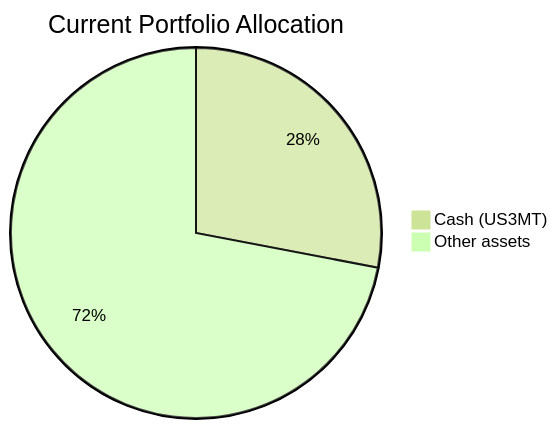
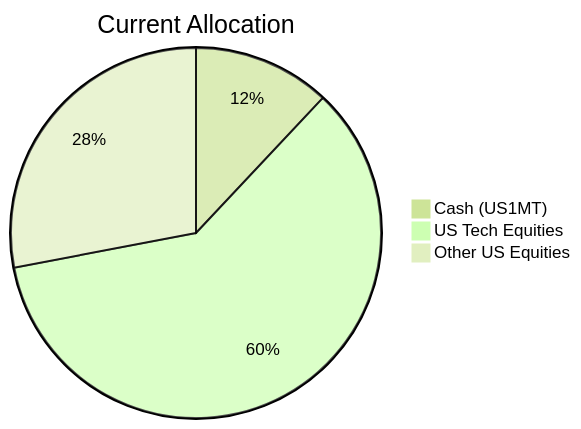
One commit to roger249/Bot-collaboration changed the seventh of 20 diagrams in docs/sample outputs/product_investor_matching-deepseek-v4-flash.md. Above: the diagram before and after it, drawn with Mermaid (forest theme). The commit also changed other lines of this file and 20 other files, not shown here.

````diff
--- a/docs/sample outputs/product_investor_matching-deepseek-v4-flash.md
+++ b/docs/sample outputs/product_investor_matching-deepseek-v4-flash.md
@@ -178,5 +152,6 @@
 ```mermaid
-pie title Current Portfolio Allocation
-    "Cash (US3MT)" : 28
-    "Other assets" : 72
+pie title Current Allocation
+    "Cash (US1MT)" : 12.0
+    "US Tech Equities" : 60.0
+    "Other US Equities" : 28.0
 ```
````
